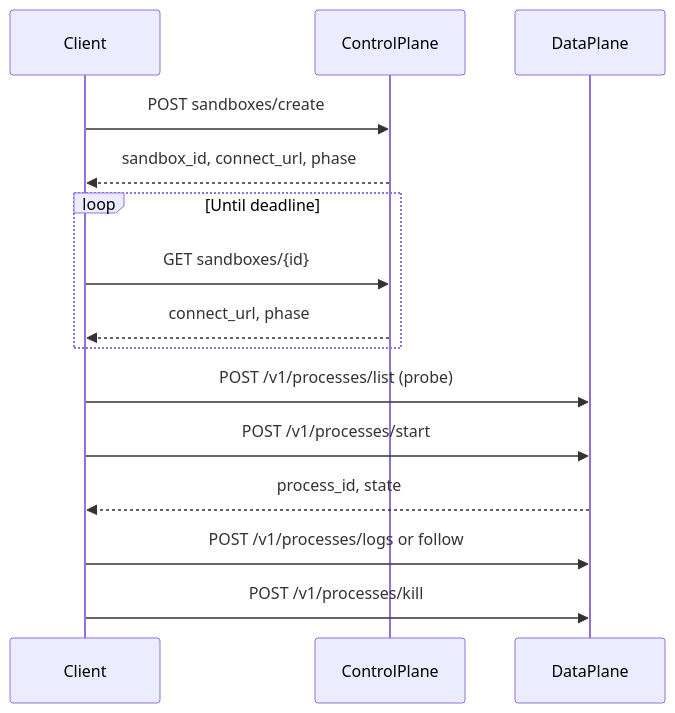
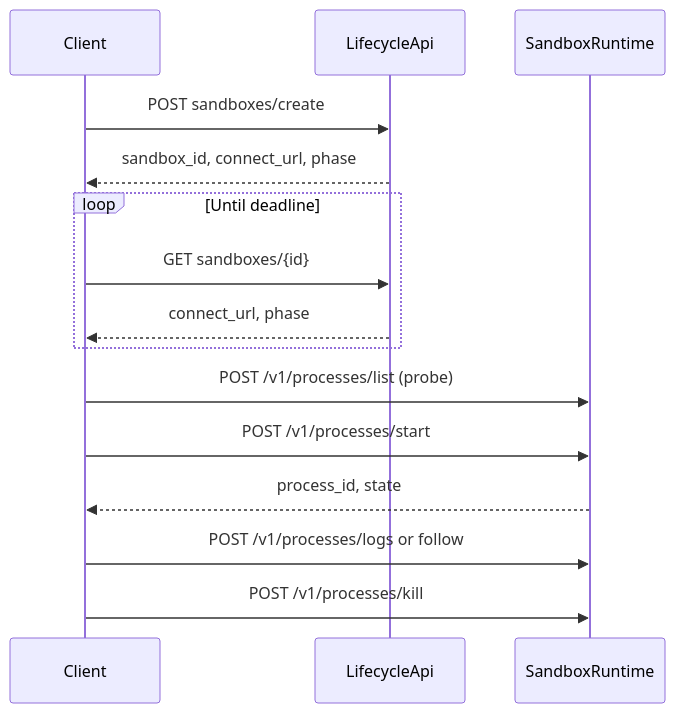
One commit to NeevCloudAI/neev-sdk-python changed the diagram in docs/api-inventory.md. Above: the diagram before and after it, drawn with Mermaid. The commit also changed other lines of this file and 58 other files, not shown here.

````diff
--- a/docs/api-inventory.md
+++ b/docs/api-inventory.md
@@ -821,18 +814,18 @@
 ```mermaid
 sequenceDiagram
     participant Client
-    participant ControlPlane
-    participant DataPlane
+    participant LifecycleApi
+    participant SandboxRuntime
 
-    Client->>ControlPlane: POST sandboxes/create
-    ControlPlane-->>Client: sandbox_id, connect_url, phase
+    Client->>LifecycleApi: POST sandboxes/create
+    LifecycleApi-->>Client: sandbox_id, connect_url, phase
     loop Until deadline
-        Client->>ControlPlane: GET sandboxes/{id}
-        ControlPlane-->>Client: connect_url, phase
+        Client->>LifecycleApi: GET sandboxes/{id}
+        LifecycleApi-->>Client: connect_url, phase
     end
-    Client->>DataPlane: POST /v1/processes/list (probe)
-    Client->>DataPlane: POST /v1/processes/start
-    DataPlane-->>Client: process_id, state
-    Client->>DataPlane: POST /v1/processes/logs or follow
-    Client->>DataPlane: POST /v1/processes/kill
+    Client->>SandboxRuntime: POST /v1/processes/list (probe)
+    Client->>SandboxRuntime: POST /v1/processes/start
+    SandboxRuntime-->>Client: process_id, state
+    Client->>SandboxRuntime: POST /v1/processes/logs or follow
+    Client->>SandboxRuntime: POST /v1/processes/kill
 ```
````
